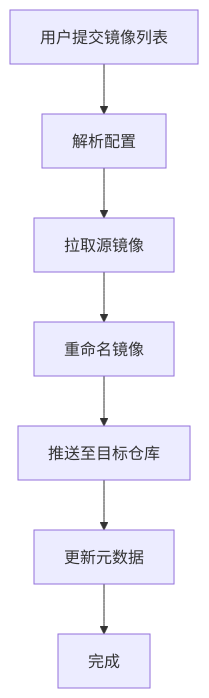
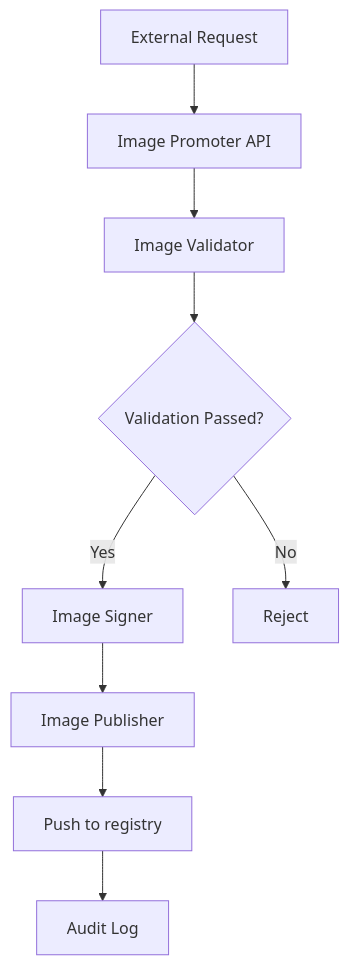
One commit to ape902/laoguo.github.io changed the diagram in content/posts/2026-03-17-the-invisible-rewrite-modernizing-the-kubernetes-image-promoter.md. Above: the diagram before and after it, drawn with Mermaid. The commit also changed other lines of this file, not shown here.

Commit message:
发布新文章：2026-03-17-the-invisible-rewrite-modernizing-the-kubernetes-image-promoter.md

````diff
--- a/content/posts/2026-03-17-the-invisible-rewrite-modernizing-the-kubernetes-image-promoter.md
+++ b/content/posts/2026-03-17-the-invisible-rewrite-modernizing-the-kubernetes-image-promoter.md
@@ -51,9 +57,11 @@
 ```mermaid
 graph TD
-    A[用户提交镜像列表] --> B[解析配置]
-    B --> C[拉取源镜像]
-    C --> D[重命名镜像]
-    D --> E[推送至目标仓库]
-    E --> F[更新元数据]
-    F --> G[完成]
+    A[External Request] --> B[Image Promoter API]
+    B --> C[Image Validator]
+    C --> D{Validation Passed?}
+    D -->|Yes| E[Image Signer]
+    D -->|No| F[Reject]
+    E --> G[Image Publisher]
+    G --> H[Push to registry]
+    H --> I[Audit Log]
 ```
````
